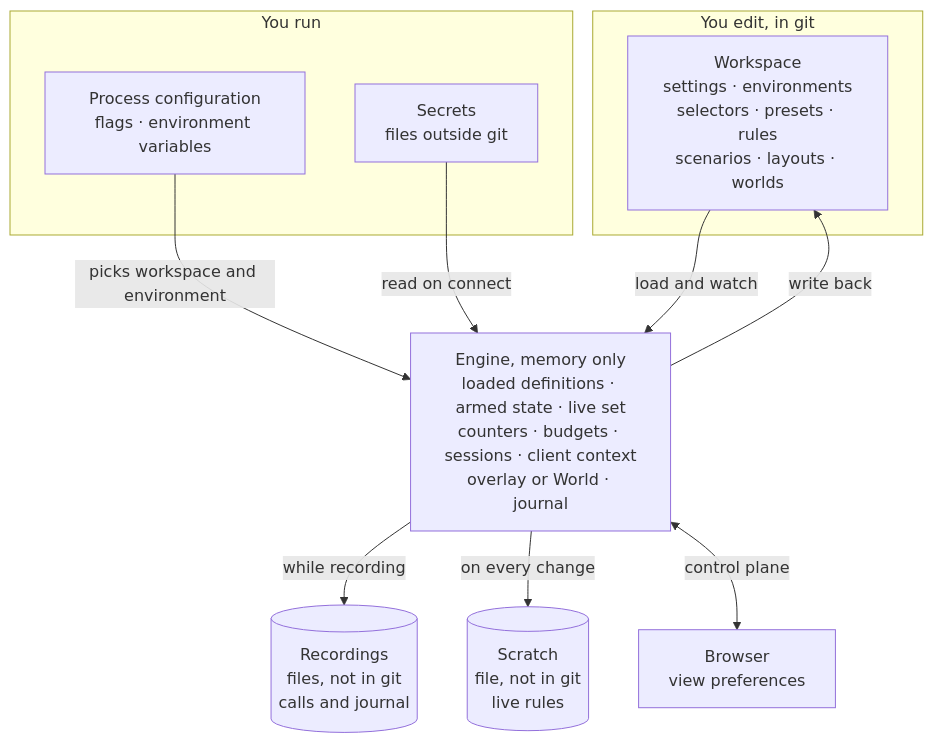
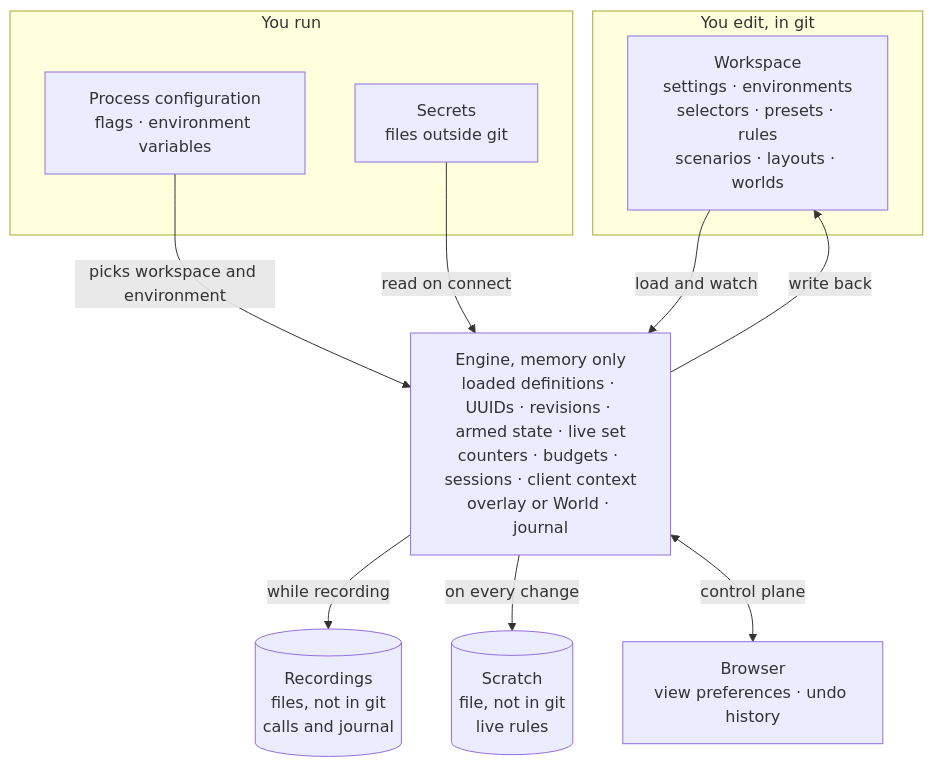
One commit to cruxy-eu/gaslightmq changed the diagram in docs/specs/architecture/storage.md. Above: the diagram before and after it, drawn with Mermaid. The commit also changed other lines of this file and 14 other files, not shown here.

````diff
--- a/docs/specs/architecture/storage.md
+++ b/docs/specs/architecture/storage.md
@@ -7,24 +7,24 @@
 ```mermaid
 flowchart TB
   subgraph you["You edit, in git"]
     WS["Workspace<br/>settings · environments<br/>selectors · presets · rules<br/>scenarios · layouts · worlds"]
   end
   subgraph run["You run"]
     PC["Process configuration<br/>flags · environment variables"]
     SE["Secrets<br/>files outside git"]
   end
 
-  EN["Engine, memory only<br/>loaded definitions · armed state · live set<br/>counters · budgets · sessions · client context<br/>overlay or World · journal"]
+  EN["Engine, memory only<br/>loaded definitions · UUIDs · revisions · armed state · live set<br/>counters · budgets · sessions · client context<br/>overlay or World · journal"]
 
   REC[("Recordings<br/>files, not in git<br/>calls and journal")]
   SCR[("Scratch<br/>file, not in git<br/>live rules")]
-  BR["Browser<br/>view preferences"]
+  BR["Browser<br/>view preferences · undo history"]
 
   WS -->|load and watch| EN
   EN -->|write back| WS
   PC -->|picks workspace and environment| EN
   SE -->|read on connect| EN
   EN -->|while recording| REC
   EN -->|on every change| SCR
   EN <-->|control plane| BR
 ```
````
